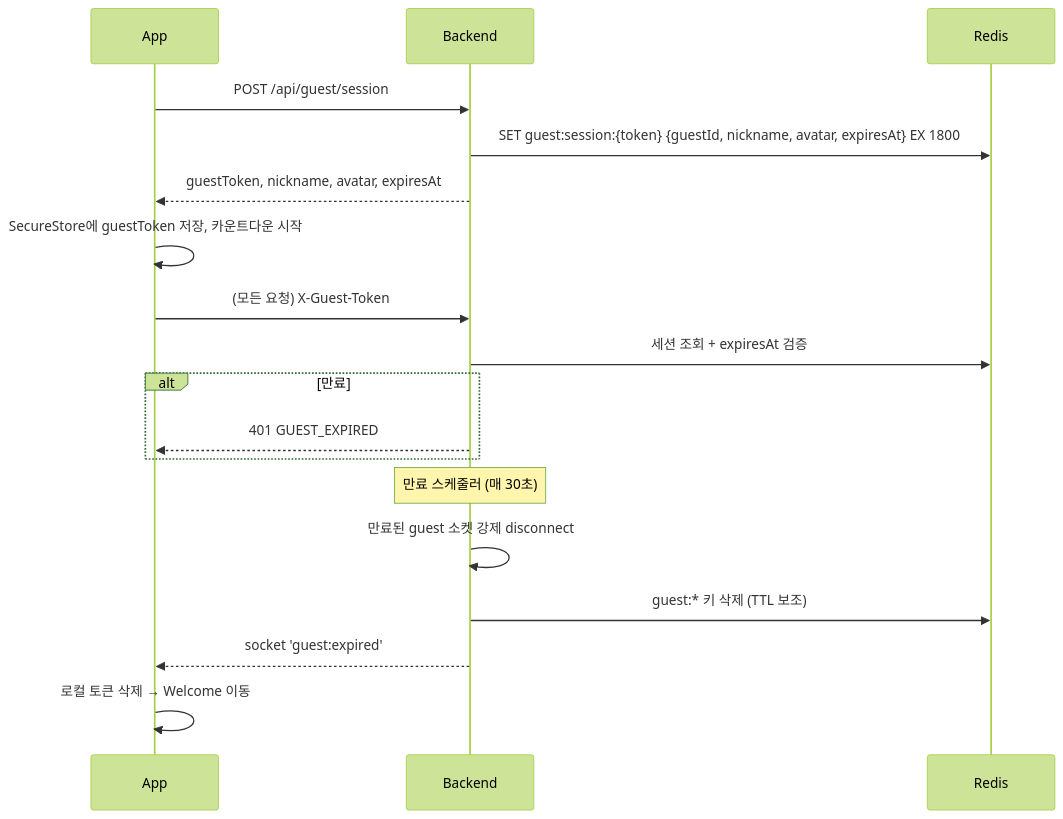
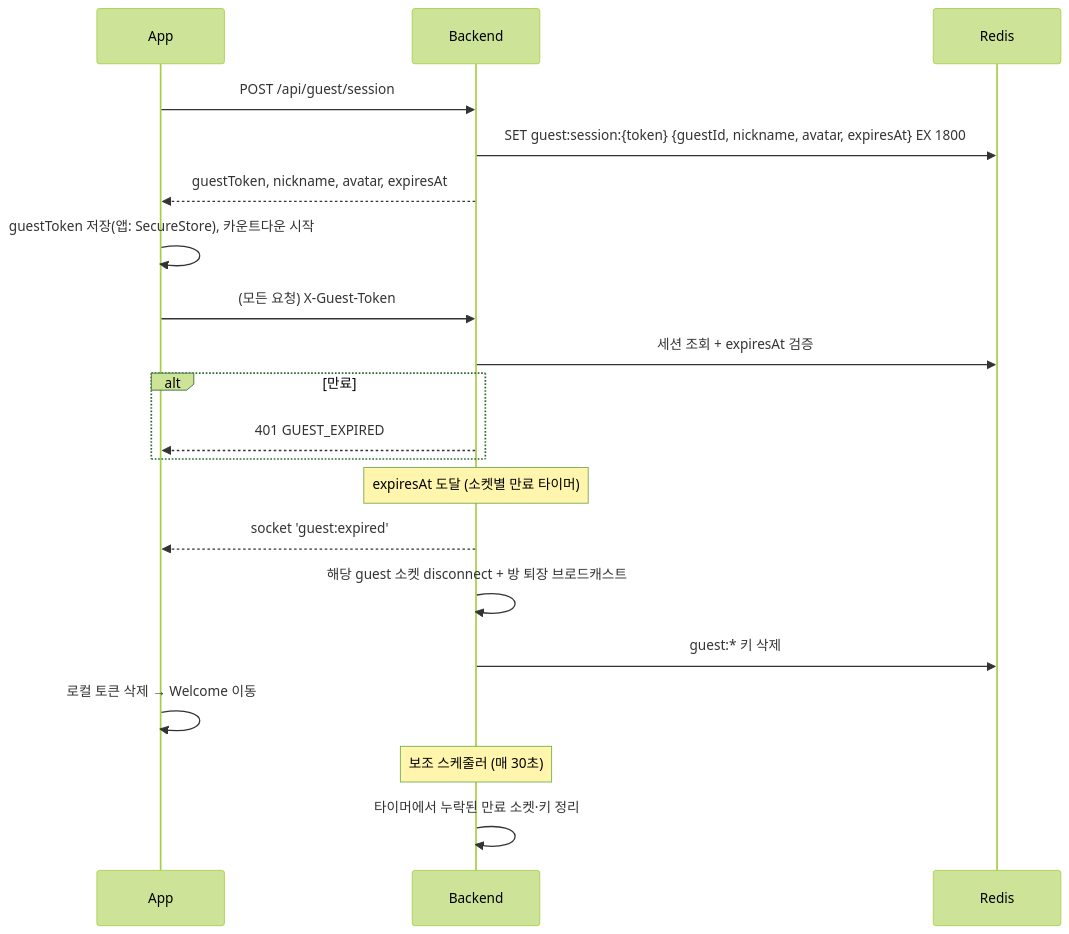
Before and after one commit to heejung72/Orbit: the second of 2 diagrams in docs/system_design.md, drawn with Mermaid (forest theme). The commit also changed other lines of this file and 5 other files, not shown here.

````diff
--- a/docs/system_design.md
+++ b/docs/system_design.md
@@ -64,23 +64,26 @@
 ```mermaid
 sequenceDiagram
     participant A as App
     participant B as Backend
     participant R as Redis
 
     A->>B: POST /api/guest/session
     B->>R: SET guest:session:{token} {guestId, nickname, avatar, expiresAt} EX 1800
     B-->>A: guestToken, nickname, avatar, expiresAt
-    A->>A: SecureStore에 guestToken 저장, 카운트다운 시작
+    A->>A: guestToken 저장(앱: SecureStore), 카운트다운 시작
 
     A->>B: (모든 요청) X-Guest-Token
     B->>R: 세션 조회 + expiresAt 검증
     alt 만료
         B-->>A: 401 GUEST_EXPIRED
     end
 
-    Note over B: 만료 스케줄러 (매 30초)
-    B->>B: 만료된 guest 소켓 강제 disconnect
-    B->>R: guest:* 키 삭제 (TTL 보조)
+    Note over B: expiresAt 도달 (소켓별 만료 타이머)
     B-->>A: socket 'guest:expired'
+    B->>B: 해당 guest 소켓 disconnect + 방 퇴장 브로드캐스트
+    B->>R: guest:* 키 삭제
     A->>A: 로컬 토큰 삭제 → Welcome 이동
+
+    Note over B: 보조 스케줄러 (매 30초)
+    B->>B: 타이머에서 누락된 만료 소켓·키 정리
 ```
````
